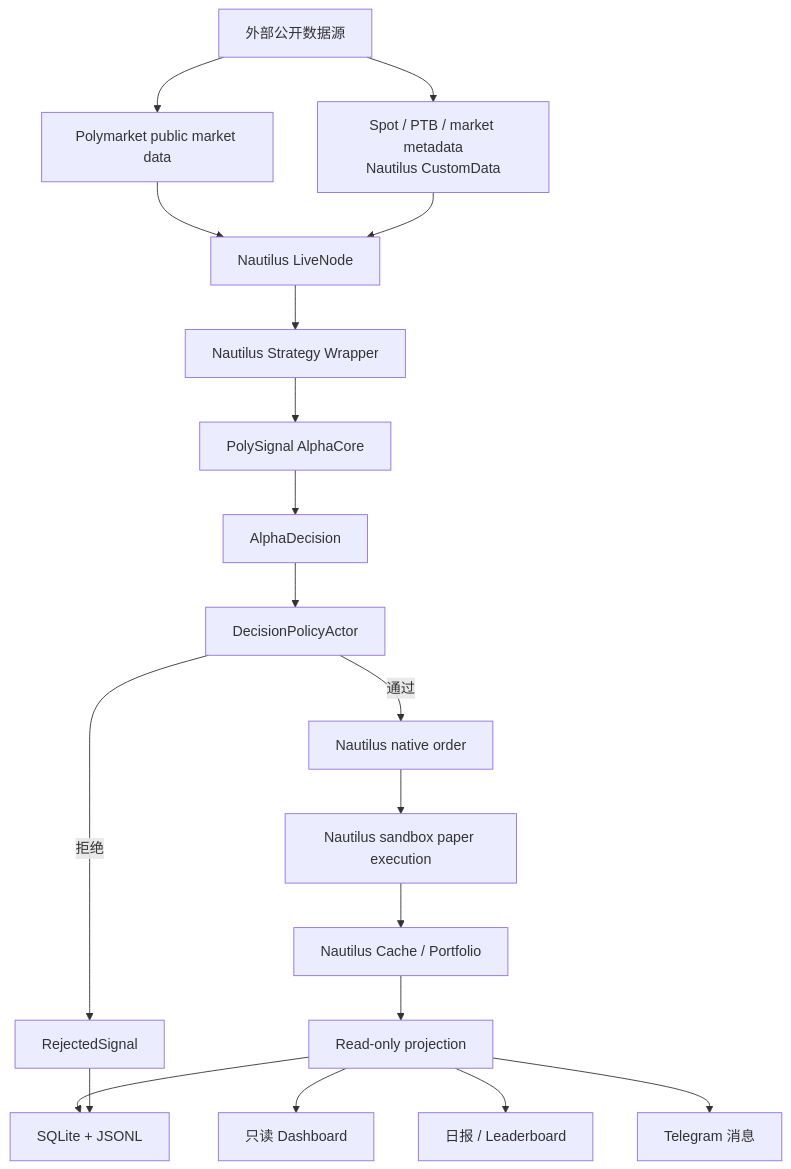
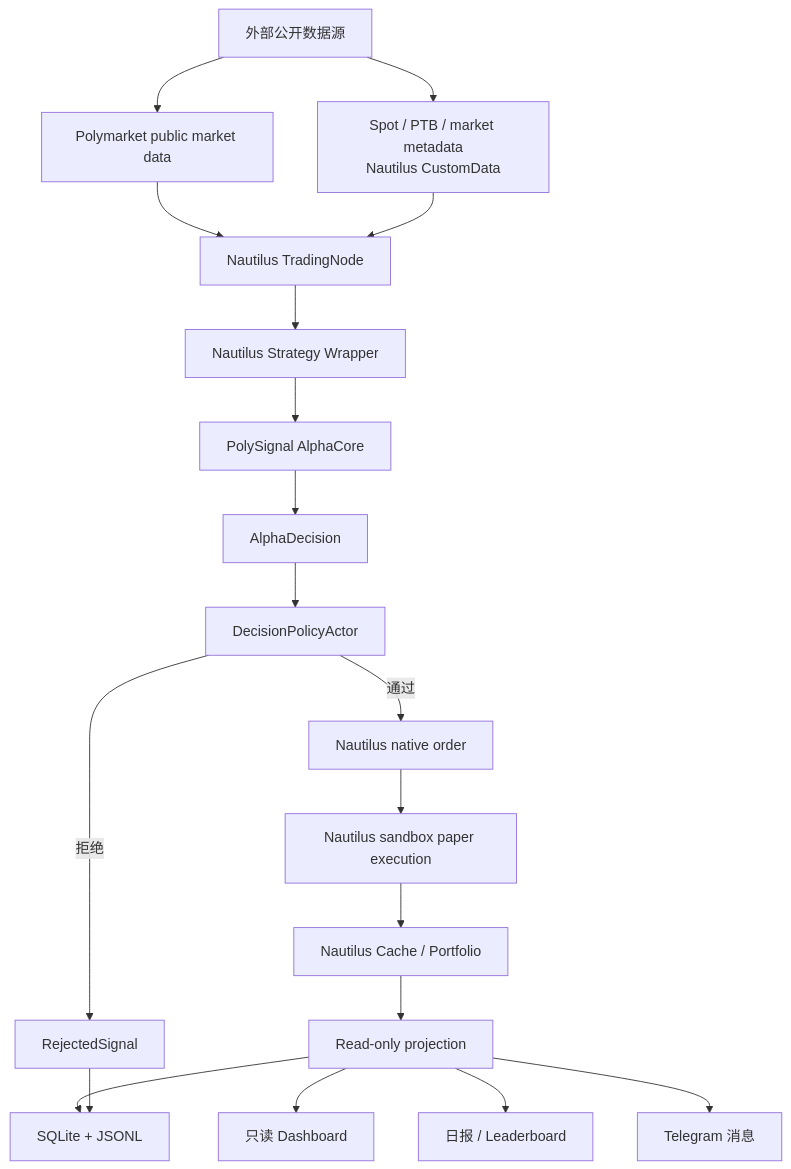
Before and after one commit to 6Kmfi6HP/polysignal-lab: the fourth of 7 diagrams in docs/PROJECT_ARCHITECTURE_VISUAL.md, drawn with Mermaid. The commit also changed other lines of this file and 298 other files, not shown here.

````diff
--- a/docs/PROJECT_ARCHITECTURE_VISUAL.md
+++ b/docs/PROJECT_ARCHITECTURE_VISUAL.md
@@ -99,26 +99,26 @@
 ```mermaid
 flowchart TD
   External["外部公开数据源"] --> PM["Polymarket public market data"]
   External --> CustomData["Spot / PTB / market metadata<br/>Nautilus CustomData"]
 
-  PM --> TN["Nautilus LiveNode"]
+  PM --> TN["Nautilus TradingNode"]
   CustomData --> TN
 
   TN --> Wrapper["Nautilus Strategy Wrapper"]
   Wrapper --> Core["PolySignal AlphaCore"]
   Core --> Decision["AlphaDecision"]
   Decision --> Policy["DecisionPolicyActor"]
 
   Policy -->|通过| Order["Nautilus native order"]
   Policy -->|拒绝| Rejected["RejectedSignal"]
 
   Order --> Sandbox["Nautilus sandbox paper execution"]
   Sandbox --> Cache["Nautilus Cache / Portfolio"]
   Cache --> Projection["Read-only projection"]
 
   Projection --> Audit["SQLite + JSONL"]
   Rejected --> Audit
   Projection --> Dashboard["只读 Dashboard"]
   Projection --> Report["日报 / Leaderboard"]
   Projection --> Telegram["Telegram 消息"]
 ```
````
